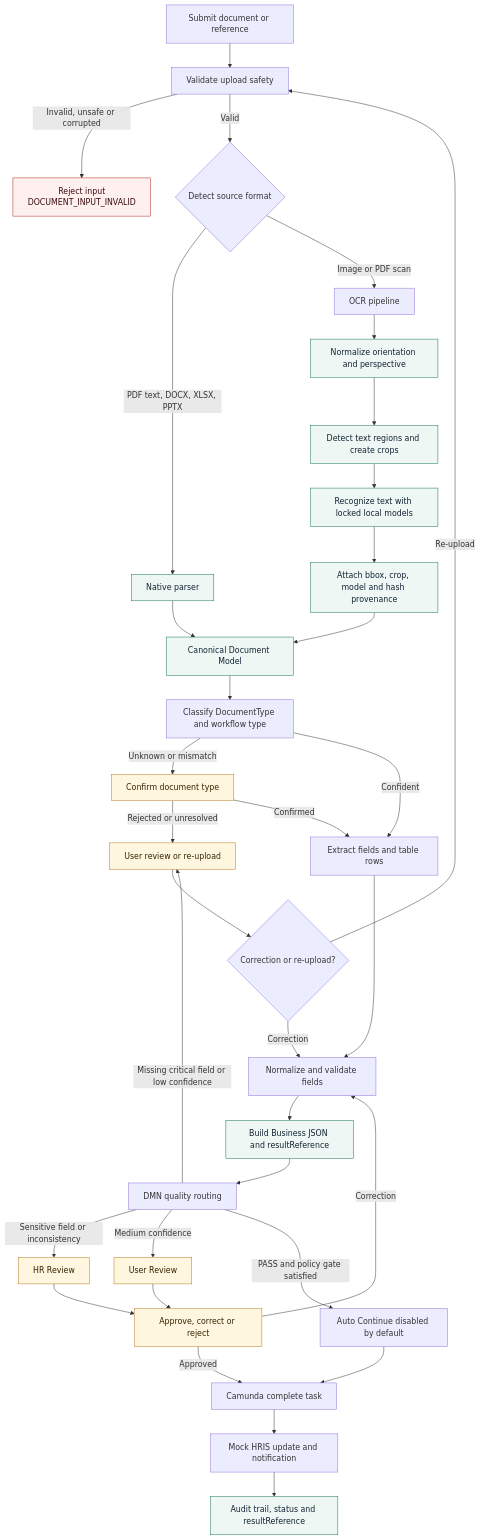
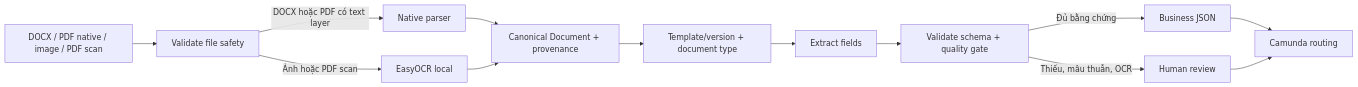
Before and after one commit to tandung060604-prog/hcns-automation-agent: the diagram in README.md, drawn with Mermaid. The commit also changed other lines of this file, not shown here.

Commit message:
docs: rewrite README around current project status

````diff
--- a/README.md
+++ b/README.md
@@ -253,50 +88,15 @@
 ```mermaid
-flowchart TD
-    A[Submit document or reference] --> B[Validate upload safety]
-    B -->|Invalid, unsafe or corrupted| X[Reject input\nDOCUMENT_INPUT_INVALID]
-    B -->|Valid| C{Detect source format}
-
-    C -->|PDF text, DOCX, XLSX, PPTX| D[Native parser]
-    C -->|Image or PDF scan| E[OCR pipeline]
-
-    E --> E1[Normalize orientation and perspective]
-    E1 --> E2[Detect text regions and create crops]
-    E2 --> E3[Recognize text with locked local models]
-    E3 --> E4[Attach bbox, crop, model and hash provenance]
-
-    D --> F[Canonical Document Model]
-    E4 --> F
-    F --> G[Classify DocumentType and workflow type]
-    G -->|Unknown or mismatch| H[Confirm document type]
-    H -->|Rejected or unresolved| R[User review or re-upload]
-    H -->|Confirmed| I[Extract fields and table rows]
-    G -->|Confident| I
-
-    I --> J[Normalize and validate fields]
-    J --> K[Build Business JSON and resultReference]
-    K --> L[DMN quality routing]
-
-    L -->|Missing critical field or low confidence| R
-    L -->|Sensitive field or inconsistency| M[HR Review]
-    L -->|Medium confidence| N[User Review]
-    L -->|PASS and policy gate satisfied| O[Auto Continue disabled by default]
-
-    R --> P{Correction or re-upload?}
-    P -->|Correction| J
-    P -->|Re-upload| B
-    M --> Q[Approve, correct or reject]
-    N --> Q
-    Q -->|Correction| J
-    Q -->|Approved| S[Camunda complete task]
-    O --> S
-
-    S --> T[Mock HRIS update and notification]
-    T --> U[Audit trail, status and resultReference]
-
-    classDef storage fill:#eef7f3,stroke:#16745a,color:#123;
-    classDef review fill:#fff6df,stroke:#b7791f,color:#352400;
-    classDef error fill:#fff0f0,stroke:#b42318,color:#3b0b0b;
-    class D,E1,E2,E3,E4,F,K,U storage;
-    class H,M,N,Q,R review;
-    class X error;
+flowchart LR
+    A[DOCX / PDF native / image / PDF scan] --> B[Validate file safety]
+    B -->|DOCX hoặc PDF có text layer| C[Native parser]
+    B -->|Ảnh hoặc PDF scan| D[EasyOCR local]
+    C --> E[Canonical Document + provenance]
+    D --> E
+    E --> F[Template/version + document type]
+    F --> G[Extract fields]
+    G --> H[Validate schema + quality gate]
+    H -->|Đủ bằng chứng| I[Business JSON]
+    H -->|Thiếu, mâu thuẫn, OCR| J[Human review]
+    I --> K[Camunda routing]
+    J --> K
 ```
````
